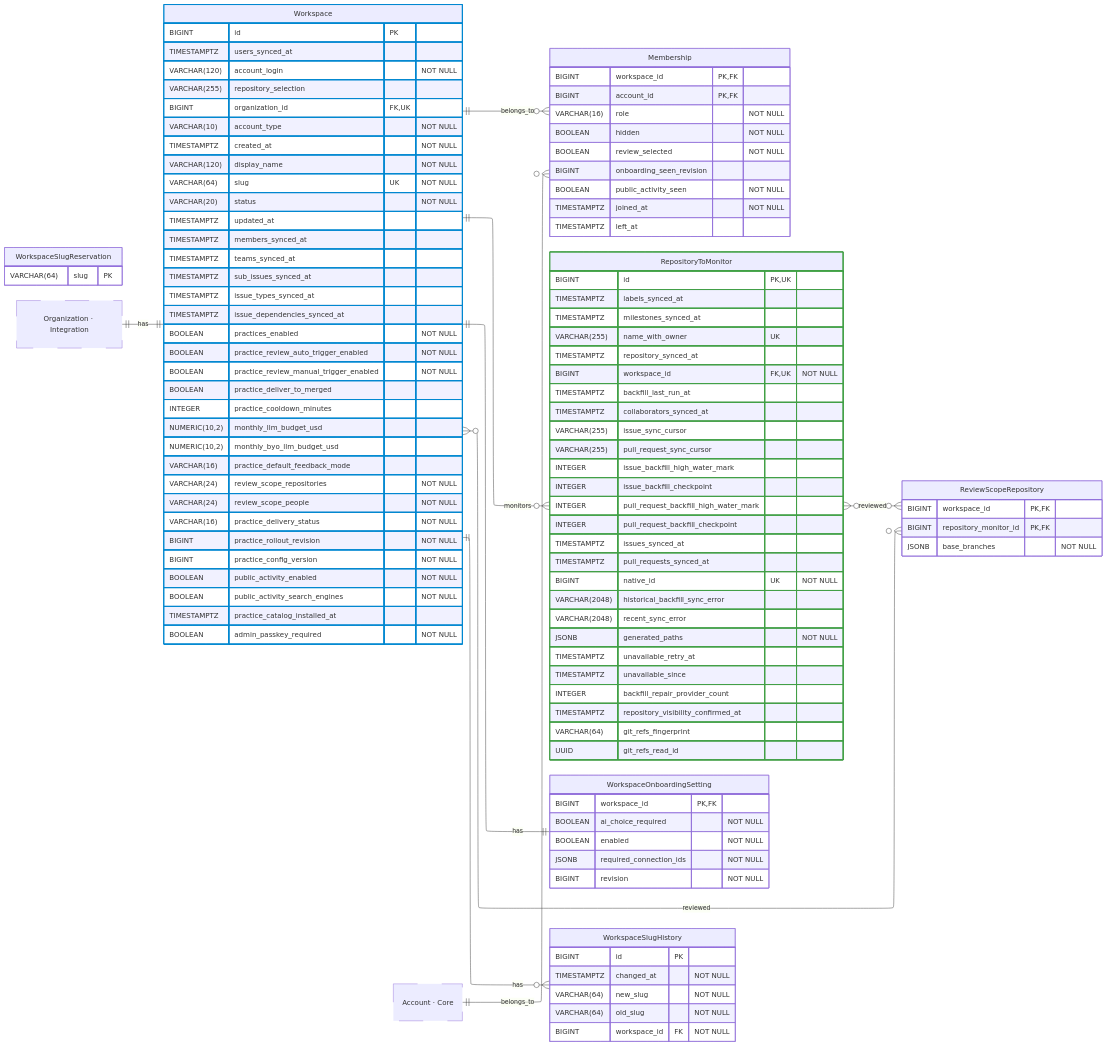
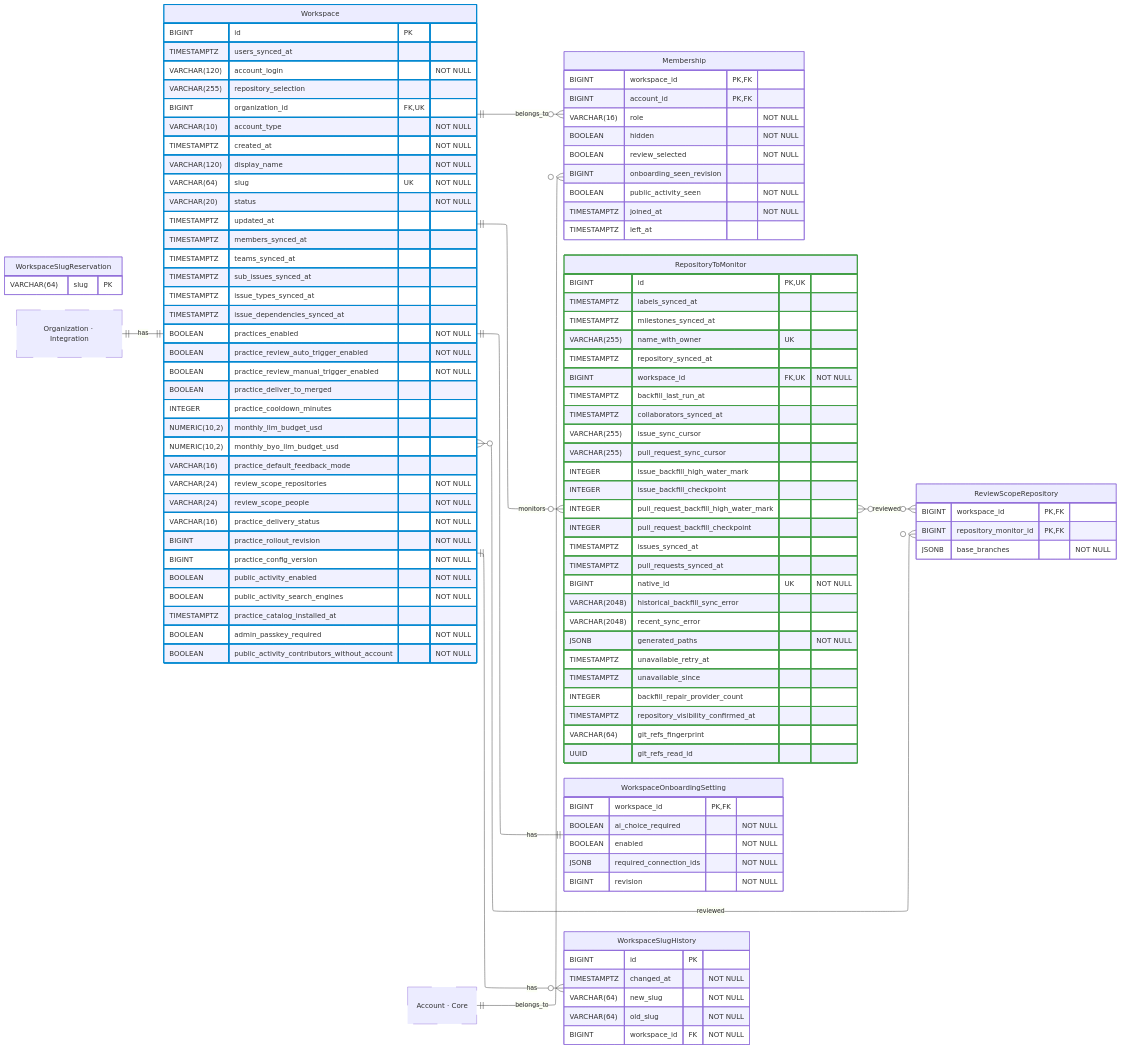
The diagram in docs/contributor/erd/workspace.mmd (hephaestus-build/Hephaestus), drawn with Mermaid before and after one commit. The commit also changed 48 other files, not shown here.

First line of the commit message:
fix(server): the public activity page counts contributors without an account instead of naming them

```diff
--- a/docs/contributor/erd/workspace.mmd
+++ b/docs/contributor/erd/workspace.mmd
@@ -1,142 +1,143 @@
 ---
 config:
     layout: elk
 ---
 erDiagram
     %% Generated automatically from PostgreSQL database schema
     %% using scripts/generate-mermaid-erd.ts
     %% To regenerate: vp run db:generate-erd-docs
 
     direction LR
 
     Membership {
         BIGINT workspace_id PK,FK
         BIGINT account_id PK,FK
         VARCHAR(16) role "NOT NULL"
         BOOLEAN hidden "NOT NULL"
         BOOLEAN review_selected "NOT NULL"
         BIGINT onboarding_seen_revision
         BOOLEAN public_activity_seen "NOT NULL"
         TIMESTAMPTZ joined_at "NOT NULL"
         TIMESTAMPTZ left_at
     }
 
     RepositoryToMonitor {
         BIGINT id PK,UK
         TIMESTAMPTZ labels_synced_at
         TIMESTAMPTZ milestones_synced_at
         VARCHAR(255) name_with_owner UK
         TIMESTAMPTZ repository_synced_at
         BIGINT workspace_id FK,UK "NOT NULL"
         TIMESTAMPTZ backfill_last_run_at
         TIMESTAMPTZ collaborators_synced_at
         VARCHAR(255) issue_sync_cursor
         VARCHAR(255) pull_request_sync_cursor
         INTEGER issue_backfill_high_water_mark
         INTEGER issue_backfill_checkpoint
         INTEGER pull_request_backfill_high_water_mark
         INTEGER pull_request_backfill_checkpoint
         TIMESTAMPTZ issues_synced_at
         TIMESTAMPTZ pull_requests_synced_at
         BIGINT native_id UK "NOT NULL"
         VARCHAR(2048) historical_backfill_sync_error
         VARCHAR(2048) recent_sync_error
         JSONB generated_paths "NOT NULL"
         TIMESTAMPTZ unavailable_retry_at
         TIMESTAMPTZ unavailable_since
         INTEGER backfill_repair_provider_count
         TIMESTAMPTZ repository_visibility_confirmed_at
         VARCHAR(64) git_refs_fingerprint
         UUID git_refs_read_id
     }
 
     ReviewScopeRepository {
         BIGINT workspace_id PK,FK
         BIGINT repository_monitor_id PK,FK
         JSONB base_branches "NOT NULL"
     }
 
     Workspace {
         BIGINT id PK
         TIMESTAMPTZ users_synced_at
         VARCHAR(120) account_login "NOT NULL"
         VARCHAR(255) repository_selection
         BIGINT organization_id FK,UK
         VARCHAR(10) account_type "NOT NULL"
         TIMESTAMPTZ created_at "NOT NULL"
         VARCHAR(120) display_name "NOT NULL"
         VARCHAR(64) slug UK "NOT NULL"
         VARCHAR(20) status "NOT NULL"
         TIMESTAMPTZ updated_at
         TIMESTAMPTZ members_synced_at
         TIMESTAMPTZ teams_synced_at
         TIMESTAMPTZ sub_issues_synced_at
         TIMESTAMPTZ issue_types_synced_at
         TIMESTAMPTZ issue_dependencies_synced_at
         BOOLEAN practices_enabled "NOT NULL"
         BOOLEAN practice_review_auto_trigger_enabled "NOT NULL"
         BOOLEAN practice_review_manual_trigger_enabled "NOT NULL"
         BOOLEAN practice_deliver_to_merged
         INTEGER practice_cooldown_minutes
         NUMERIC(10,2) monthly_llm_budget_usd
         NUMERIC(10,2) monthly_byo_llm_budget_usd
         VARCHAR(16) practice_default_feedback_mode
         VARCHAR(24) review_scope_repositories "NOT NULL"
         VARCHAR(24) review_scope_people "NOT NULL"
         VARCHAR(16) practice_delivery_status "NOT NULL"
         BIGINT practice_rollout_revision "NOT NULL"
         BIGINT practice_config_version "NOT NULL"
         BOOLEAN public_activity_enabled "NOT NULL"
         BOOLEAN public_activity_search_engines "NOT NULL"
         TIMESTAMPTZ practice_catalog_installed_at
         BOOLEAN admin_passkey_required "NOT NULL"
+        BOOLEAN public_activity_contributors_without_account "NOT NULL"
     }
 
     WorkspaceOnboardingSetting {
         BIGINT workspace_id PK,FK
         BOOLEAN ai_choice_required "NOT NULL"
         BOOLEAN enabled "NOT NULL"
         JSONB required_connection_ids "NOT NULL"
         BIGINT revision "NOT NULL"
     }
 
     WorkspaceSlugHistory {
         BIGINT id PK
         TIMESTAMPTZ changed_at "NOT NULL"
         VARCHAR(64) new_slug "NOT NULL"
         VARCHAR(64) old_slug "NOT NULL"
         BIGINT workspace_id FK "NOT NULL"
     }
 
     WorkspaceSlugReservation {
         VARCHAR(64) slug PK
     }
 
     Account["Account · Core"]
     Organization["Organization · Integration"]
 
     %% Relationships
     %% One-to-One relationships
     Organization ||--|| Workspace : has
     Workspace ||--|| WorkspaceOnboardingSetting : has
 
     %% One-to-Many relationships
     Account ||--o{ Membership : belongs_to
     Workspace ||--o{ Membership : belongs_to
     Workspace ||--o{ RepositoryToMonitor : monitors
     Workspace ||--o{ WorkspaceSlugHistory : has
 
     %% Many-to-Many relationships
     RepositoryToMonitor }o--o{ ReviewScopeRepository : reviewed
     Workspace }o--o{ ReviewScopeRepository : reviewed
 
     %% Styling
     classDef primaryEntity stroke:#0288d1,stroke-width:2px
     classDef associationEntity stroke:#8e24aa,stroke-width:2px
     classDef metadataEntity stroke:#43a047,stroke-width:2px
     classDef referenceEntity stroke-dasharray:5 5
 
     class Account referenceEntity
     class Organization referenceEntity
     class RepositoryToMonitor metadataEntity
     class Workspace primaryEntity
```
